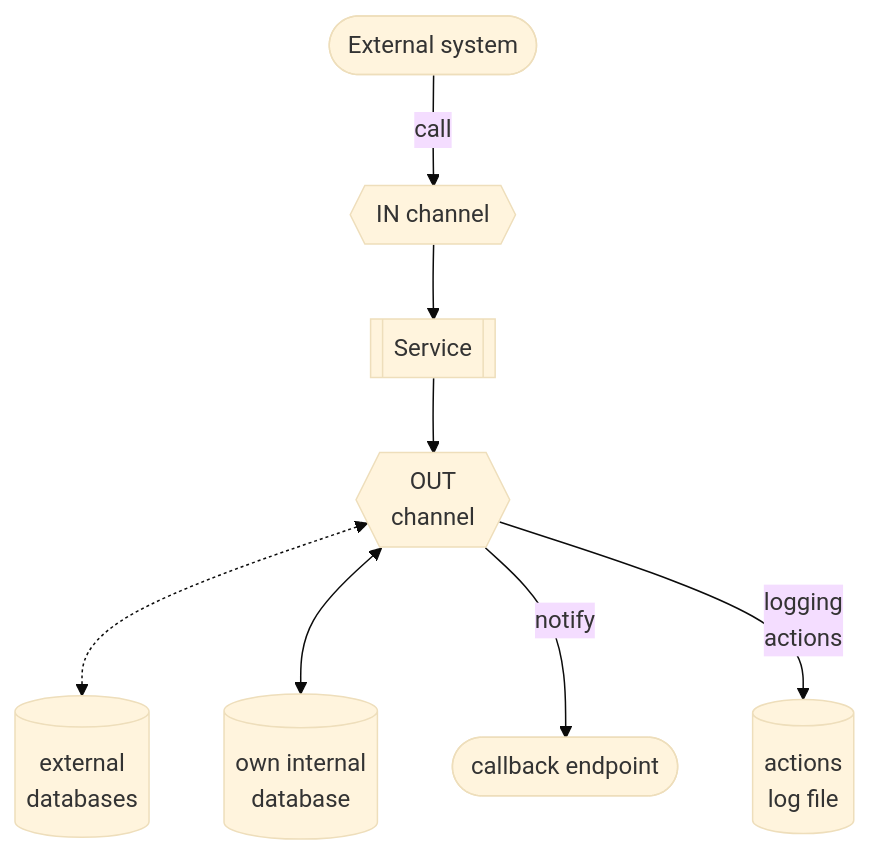
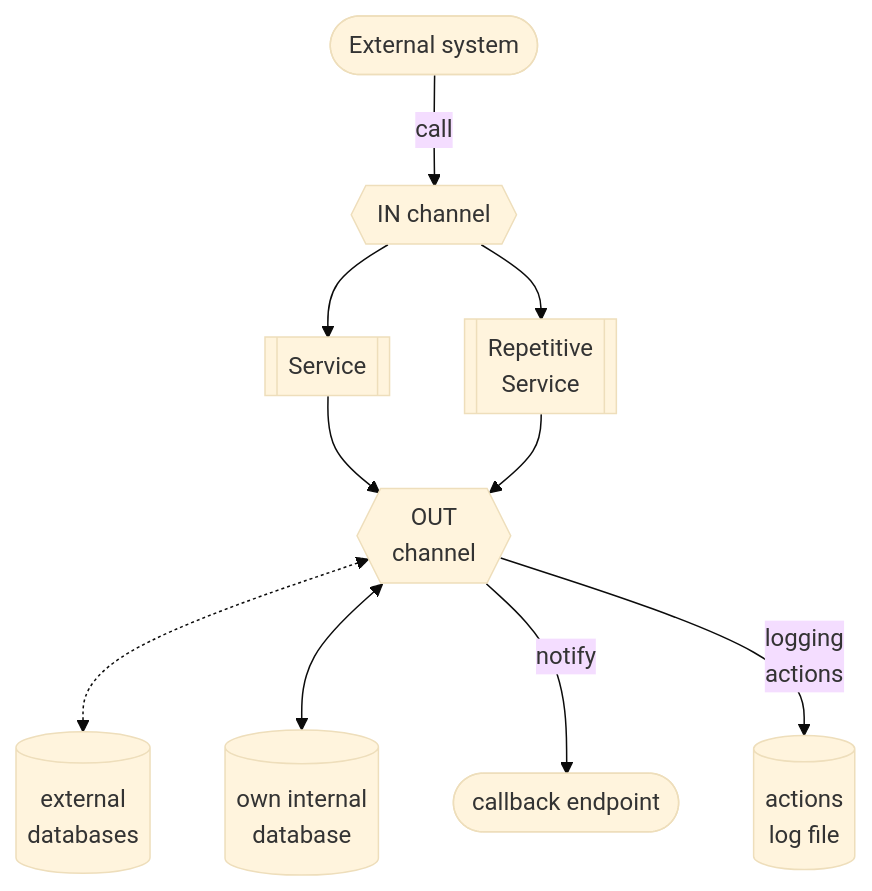
The diagram in doc_src/810-DSGN/130.02-Overview.md (petre-renware/arint), drawn with Mermaid (base theme) before and after one commit.

````diff
--- a/doc_src/810-DSGN/130.02-Overview.md
+++ b/doc_src/810-DSGN/130.02-Overview.md
@@ -25,21 +25,24 @@
 ``` mermaid
 graph TD
     SRV[[Service]]
+    RSRV[[Repetitive \n Service]]
     EXT([External system])
     INCH{{IN channel}}
     EDB[(external \n databases)]
     IDB[(own internal \n database)]
     OUTCH{{OUT \n channel}}
     CALLBCK([callback endpoint])
     LOGFILE[(actions \n log file)]
     
     EXT -->|call| INCH
     INCH --> SRV
+    INCH --> RSRV
     SRV --> OUTCH
+    RSRV --> OUTCH
     
     OUTCH <-.-> EDB
     OUTCH <--> IDB
     OUTCH --> |notify| CALLBCK
     OUTCH --> |logging \n actions| LOGFILE
 
 ```
````
